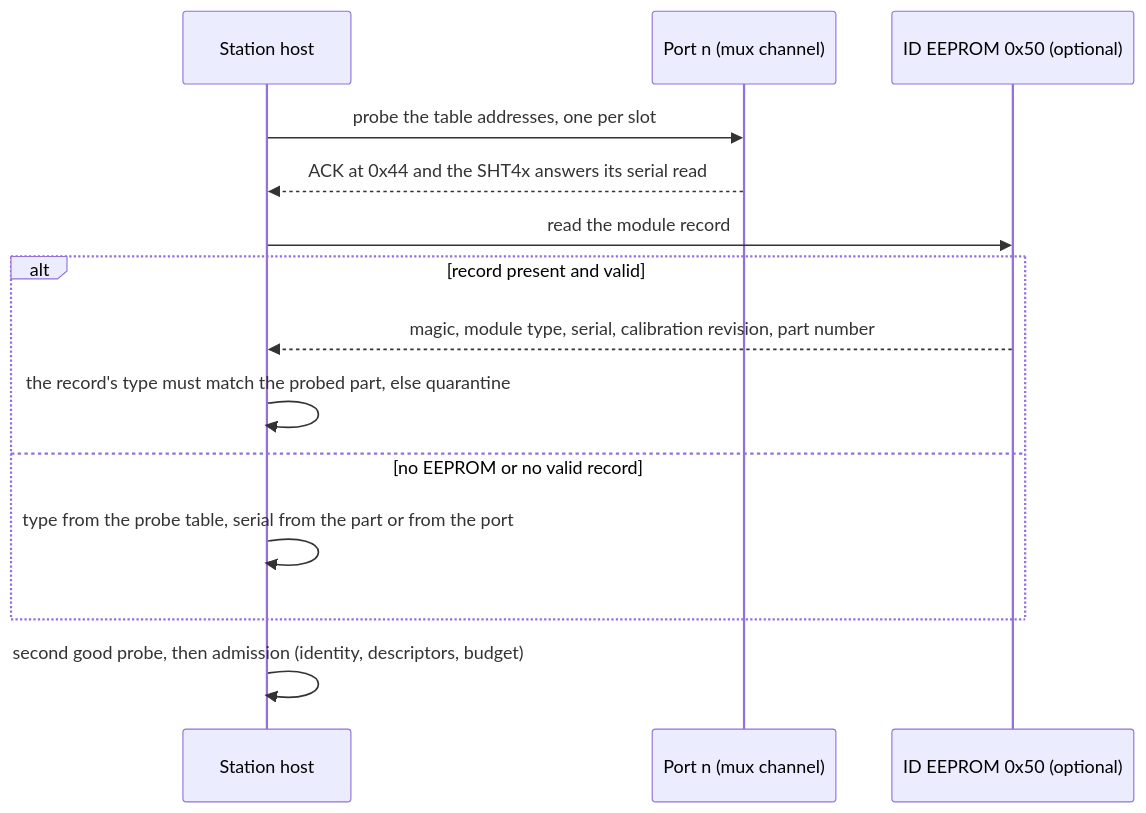
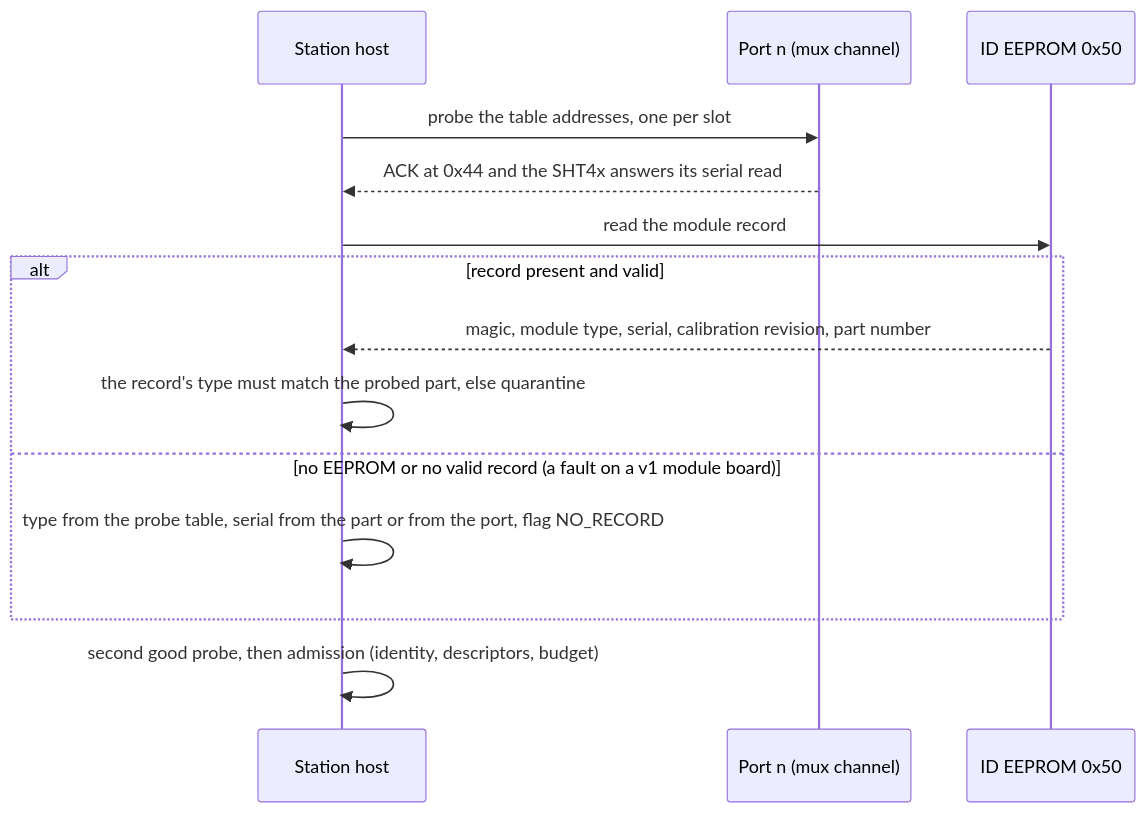
One commit to clintecker/weather-station-2026 changed the ninth of 11 diagrams in docs/superpowers/specs/2026-10-21-sensor-module-ports-design.md. Above: the diagram before and after it, drawn with Mermaid. The commit also changed other lines of this file, not shown here.

First line of the commit message:
Spec: ID EEPROM on every module board (OQ-6 decided)

````diff
--- a/docs/superpowers/specs/2026-10-21-sensor-module-ports-design.md
+++ b/docs/superpowers/specs/2026-10-21-sensor-module-ports-design.md
@@ -482,16 +483,16 @@
 ```mermaid
 sequenceDiagram
     participant H as Station host
     participant P as Port n (mux channel)
-    participant E as ID EEPROM 0x50 (optional)
+    participant E as ID EEPROM 0x50
     H->>P: probe the table addresses, one per slot
     P-->>H: ACK at 0x44 and the SHT4x answers its serial read
     H->>E: read the module record
     alt record present and valid
         E-->>H: magic, module type, serial, calibration revision, part number
         H->>H: the record's type must match the probed part, else quarantine
-    else no EEPROM or no valid record
-        H->>H: type from the probe table, serial from the part or from the port
+    else no EEPROM or no valid record (a fault on a v1 module board)
+        H->>H: type from the probe table, serial from the part or from the port, flag NO_RECORD
     end
     H->>H: second good probe, then admission (identity, descriptors, budget)
 ```
````
